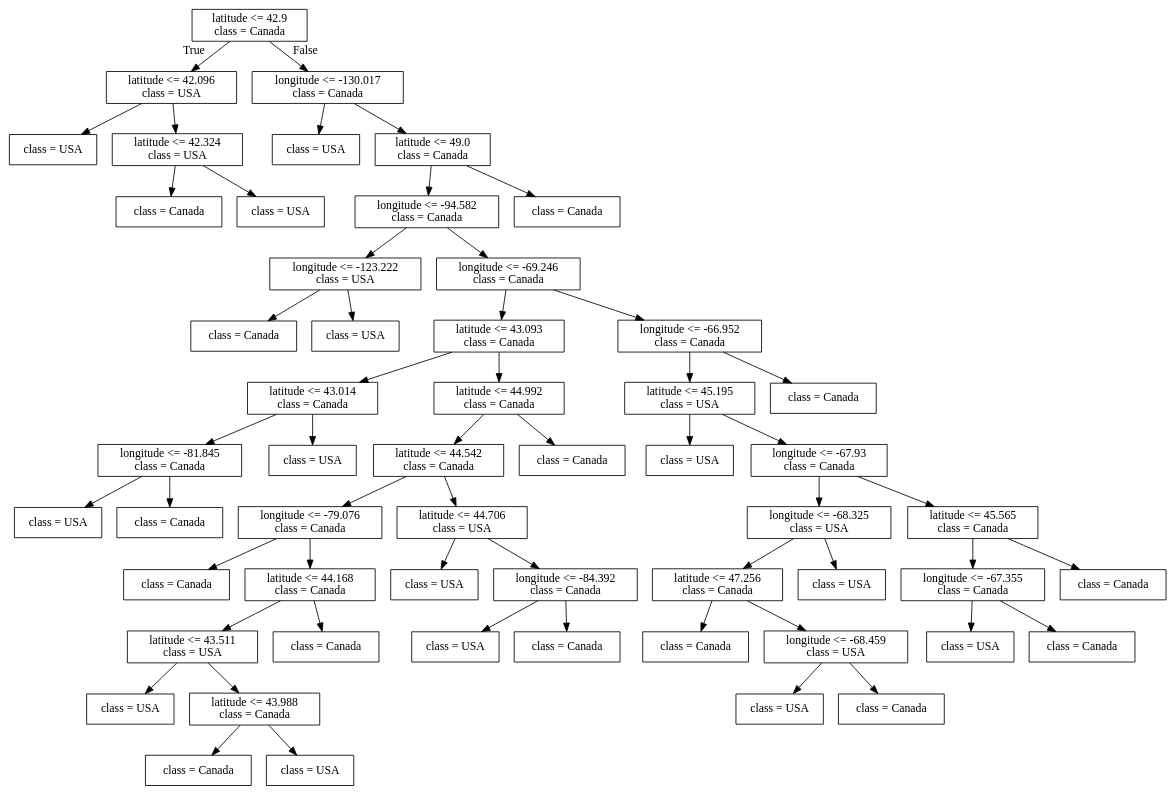
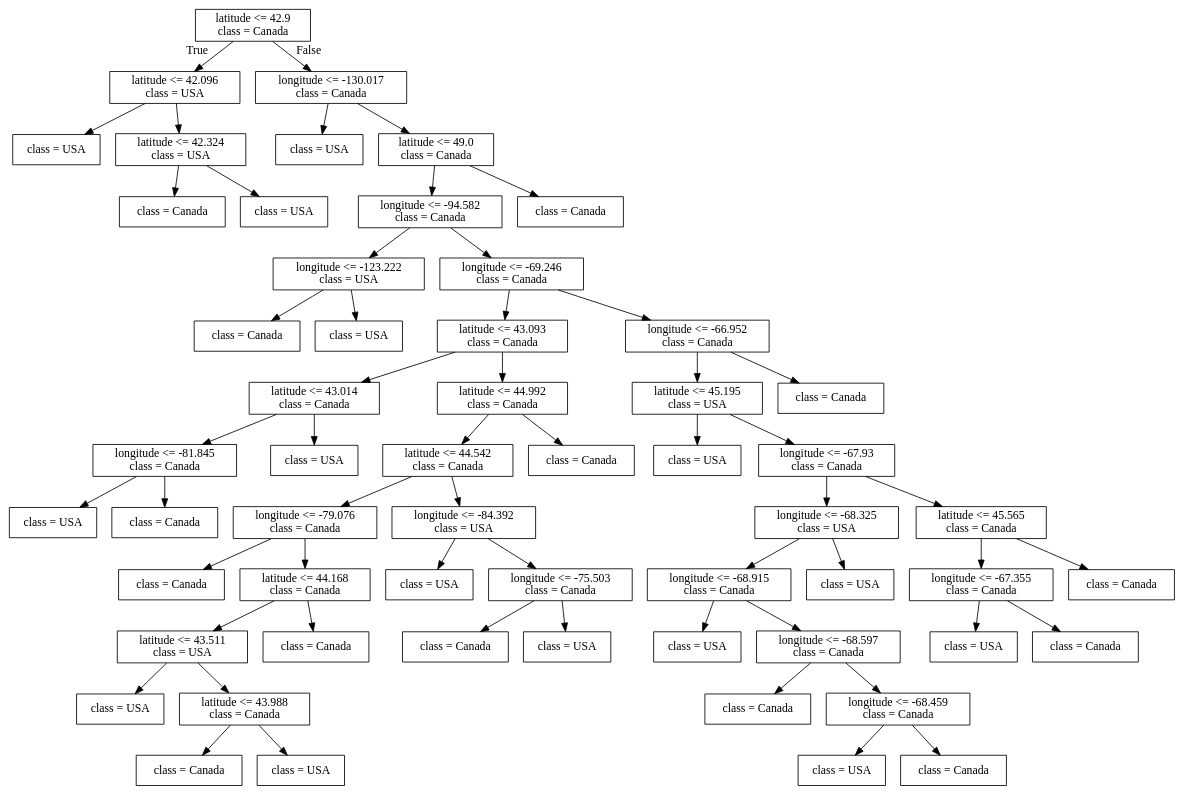
One commit to bait509-ubc/BAIT509 changed the diagram in lectures/Source.gv. Above: the diagram before and after it, drawn with Graphviz. The commit also changed 21 other files, not shown here.

```diff
--- a/lectures/Source.gv
+++ b/lectures/Source.gv
@@ -1,112 +1,116 @@
 digraph Tree {
 node [shape=box] ;
 0 [label="latitude <= 42.9\nclass = Canada"] ;
 1 [label="latitude <= 42.096\nclass = USA"] ;
 0 -> 1 [labeldistance=2.5, labelangle=45, headlabel="True"] ;
 2 [label="class = USA"] ;
 1 -> 2 ;
 3 [label="latitude <= 42.324\nclass = USA"] ;
 1 -> 3 ;
 4 [label="class = Canada"] ;
 3 -> 4 ;
 5 [label="class = USA"] ;
 3 -> 5 ;
 6 [label="longitude <= -130.017\nclass = Canada"] ;
 0 -> 6 [labeldistance=2.5, labelangle=-45, headlabel="False"] ;
 7 [label="class = USA"] ;
 6 -> 7 ;
 8 [label="latitude <= 49.0\nclass = Canada"] ;
 6 -> 8 ;
 9 [label="longitude <= -94.582\nclass = Canada"] ;
 8 -> 9 ;
 10 [label="longitude <= -123.222\nclass = USA"] ;
 9 -> 10 ;
 11 [label="class = Canada"] ;
 10 -> 11 ;
 12 [label="class = USA"] ;
 10 -> 12 ;
 13 [label="longitude <= -69.246\nclass = Canada"] ;
 9 -> 13 ;
 14 [label="latitude <= 43.093\nclass = Canada"] ;
 13 -> 14 ;
 15 [label="latitude <= 43.014\nclass = Canada"] ;
 14 -> 15 ;
 16 [label="longitude <= -81.845\nclass = Canada"] ;
 15 -> 16 ;
 17 [label="class = USA"] ;
 16 -> 17 ;
 18 [label="class = Canada"] ;
 16 -> 18 ;
 19 [label="class = USA"] ;
 15 -> 19 ;
 20 [label="latitude <= 44.992\nclass = Canada"] ;
 14 -> 20 ;
 21 [label="latitude <= 44.542\nclass = Canada"] ;
 20 -> 21 ;
 22 [label="longitude <= -79.076\nclass = Canada"] ;
 21 -> 22 ;
 23 [label="class = Canada"] ;
 22 -> 23 ;
 24 [label="latitude <= 44.168\nclass = Canada"] ;
 22 -> 24 ;
 25 [label="latitude <= 43.511\nclass = USA"] ;
 24 -> 25 ;
 26 [label="class = USA"] ;
 25 -> 26 ;
 27 [label="latitude <= 43.988\nclass = Canada"] ;
 25 -> 27 ;
 28 [label="class = Canada"] ;
 27 -> 28 ;
 29 [label="class = USA"] ;
 27 -> 29 ;
 30 [label="class = Canada"] ;
 24 -> 30 ;
-31 [label="latitude <= 44.706\nclass = USA"] ;
+31 [label="longitude <= -84.392\nclass = USA"] ;
 21 -> 31 ;
 32 [label="class = USA"] ;
 31 -> 32 ;
-33 [label="longitude <= -84.392\nclass = Canada"] ;
+33 [label="longitude <= -75.503\nclass = Canada"] ;
 31 -> 33 ;
-34 [label="class = USA"] ;
+34 [label="class = Canada"] ;
 33 -> 34 ;
-35 [label="class = Canada"] ;
+35 [label="class = USA"] ;
 33 -> 35 ;
 36 [label="class = Canada"] ;
 20 -> 36 ;
 37 [label="longitude <= -66.952\nclass = Canada"] ;
 13 -> 37 ;
 38 [label="latitude <= 45.195\nclass = USA"] ;
 37 -> 38 ;
 39 [label="class = USA"] ;
 38 -> 39 ;
 40 [label="longitude <= -67.93\nclass = Canada"] ;
 38 -> 40 ;
 41 [label="longitude <= -68.325\nclass = USA"] ;
 40 -> 41 ;
-42 [label="latitude <= 47.256\nclass = Canada"] ;
+42 [label="longitude <= -68.915\nclass = Canada"] ;
 41 -> 42 ;
-43 [label="class = Canada"] ;
+43 [label="class = USA"] ;
 42 -> 43 ;
-44 [label="longitude <= -68.459\nclass = USA"] ;
+44 [label="longitude <= -68.597\nclass = Canada"] ;
 42 -> 44 ;
-45 [label="class = USA"] ;
+45 [label="class = Canada"] ;
 44 -> 45 ;
-46 [label="class = Canada"] ;
+46 [label="longitude <= -68.459\nclass = Canada"] ;
 44 -> 46 ;
 47 [label="class = USA"] ;
-41 -> 47 ;
-48 [label="latitude <= 45.565\nclass = Canada"] ;
-40 -> 48 ;
-49 [label="longitude <= -67.355\nclass = Canada"] ;
-48 -> 49 ;
-50 [label="class = USA"] ;
-49 -> 50 ;
-51 [label="class = Canada"] ;
-49 -> 51 ;
-52 [label="class = Canada"] ;
-48 -> 52 ;
+46 -> 47 ;
+48 [label="class = Canada"] ;
+46 -> 48 ;
+49 [label="class = USA"] ;
+41 -> 49 ;
+50 [label="latitude <= 45.565\nclass = Canada"] ;
+40 -> 50 ;
+51 [label="longitude <= -67.355\nclass = Canada"] ;
+50 -> 51 ;
+52 [label="class = USA"] ;
+51 -> 52 ;
 53 [label="class = Canada"] ;
-37 -> 53 ;
+51 -> 53 ;
 54 [label="class = Canada"] ;
-8 -> 54 ;
+50 -> 54 ;
+55 [label="class = Canada"] ;
+37 -> 55 ;
+56 [label="class = Canada"] ;
+8 -> 56 ;
 }
```
